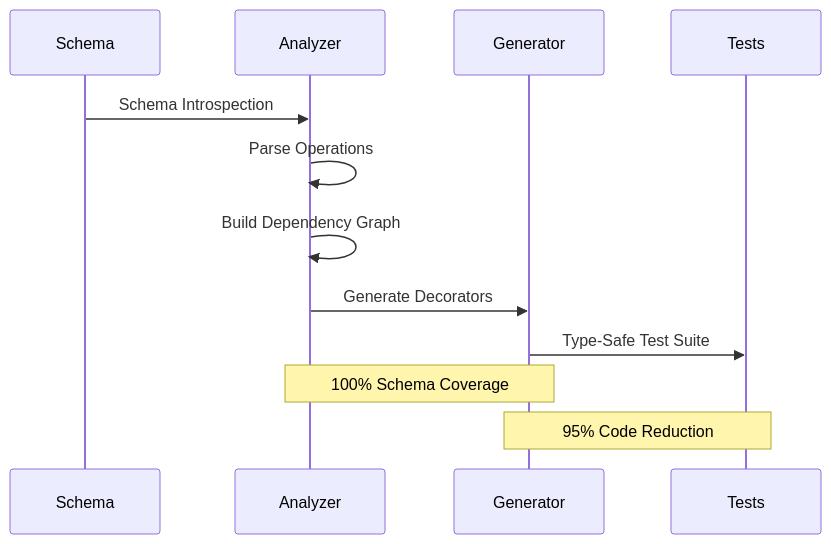
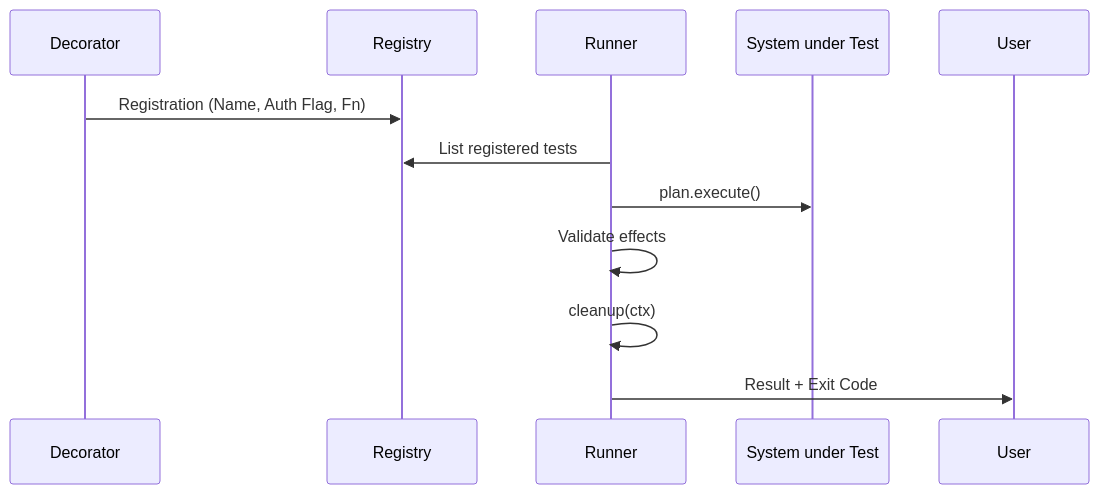
Before and after one commit to Cyber-Luke/best-api-testing: the third of 3 diagrams in README.md, drawn with Mermaid. The commit also changed other lines of this file and 22 other files, not shown here.

````diff
--- a/README.md
+++ b/README.md
@@ -179,16 +111,14 @@
 ```mermaid
 sequenceDiagram
-    participant S as Schema
-    participant A as Analyzer
-    participant G as Generator
-    participant T as Tests
+    participant D as Decorator
+    participant R as Registry
+    participant E as Runner
+    participant S as System under Test
 
-    S->>A: Schema Introspection
-    A->>A: Parse Operations
-    A->>A: Build Dependency Graph
-    A->>G: Generate Decorators
-    G->>T: Type-Safe Test Suite
-
-    Note over A,G: 100% Schema Coverage
-    Note over G,T: 95% Code Reduction
+    D->>R: Registration (Name, Auth Flag, Fn)
+    E->>R: List registered tests
+    E->>S: plan.execute()
+    E->>E: Validate effects
+    E->>E: cleanup(ctx)
+    E->>User: Result + Exit Code
 ```
````
